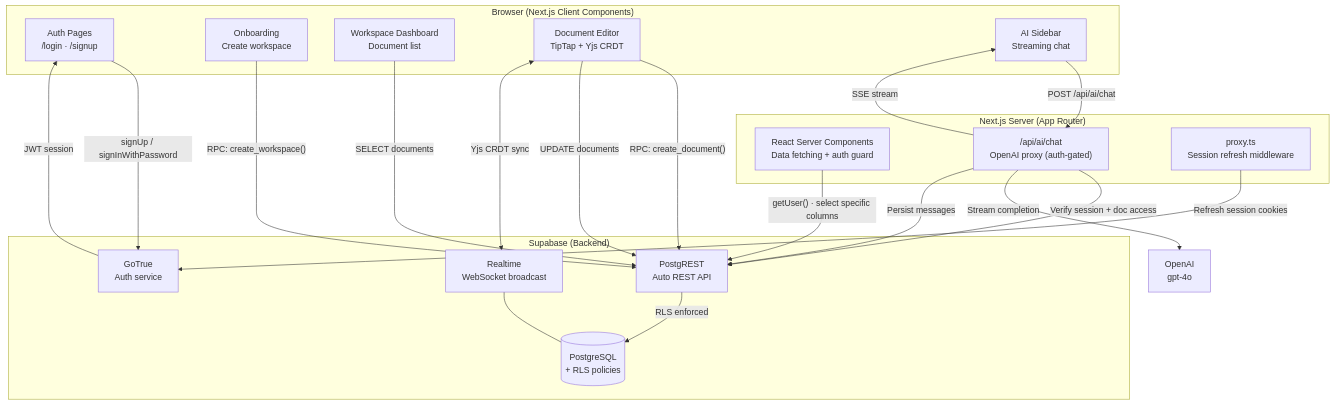
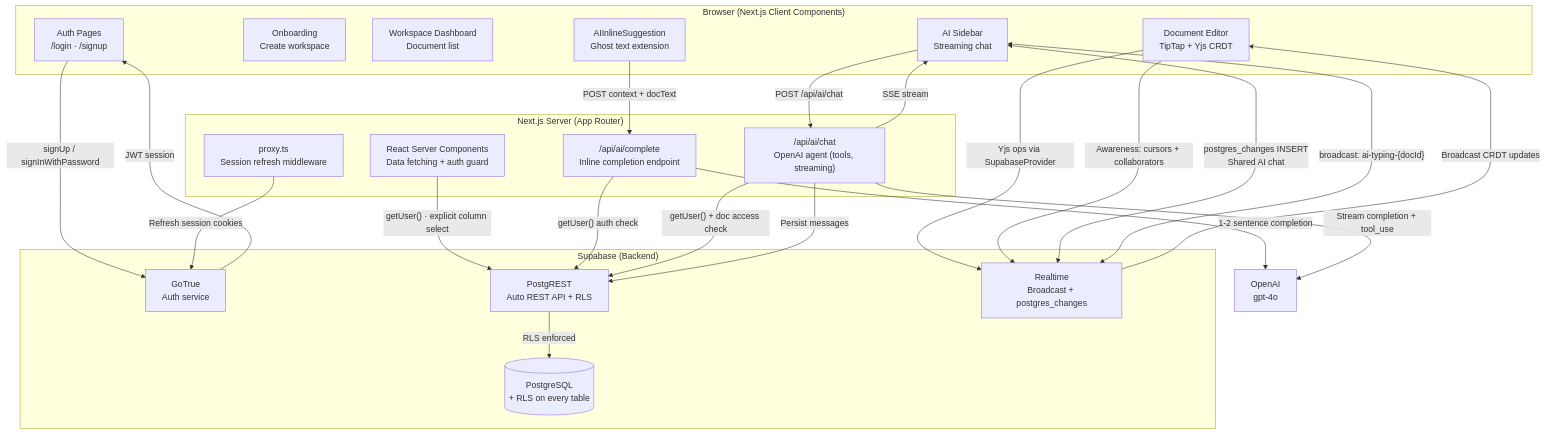
Before and after one commit to CodeKage25/materi-demo: the first of 3 diagrams in README.md, drawn with Mermaid. The commit also changed other lines of this file and 9 other files, not shown here.

````diff
--- a/README.md
+++ b/README.md
@@ -11,51 +30,51 @@
 ```mermaid
 graph TB
     subgraph Client["Browser (Next.js Client Components)"]
         Auth["Auth Pages\n/login · /signup"]
         Onboard["Onboarding\nCreate workspace"]
         Dashboard["Workspace Dashboard\nDocument list"]
         Editor["Document Editor\nTipTap + Yjs CRDT"]
+        Inline["AIInlineSuggestion\nGhost text extension"]
         AISidebar["AI Sidebar\nStreaming chat"]
     end
 
     subgraph Server["Next.js Server (App Router)"]
         RSC["React Server Components\nData fetching + auth guard"]
-        AIRoute["/api/ai/chat\nOpenAI proxy (auth-gated)"]
+        AIChat["/api/ai/chat\nOpenAI agent (tools, streaming)"]
+        AIComplete["/api/ai/complete\nInline completion endpoint"]
         Proxy["proxy.ts\nSession refresh middleware"]
     end
 
     subgraph Supabase["Supabase (Backend)"]
         SupaAuth["GoTrue\nAuth service"]
-        PostgREST["PostgREST\nAuto REST API"]
-        Realtime["Realtime\nWebSocket broadcast"]
-        DB[("PostgreSQL\n+ RLS policies")]
+        PostgREST["PostgREST\nAuto REST API + RLS"]
+        Realtime["Realtime\nBroadcast + postgres_changes"]
+        DB[("PostgreSQL\n+ RLS on every table")]
     end
 
     OpenAI["OpenAI\ngpt-4o"]
 
-    %% Auth flow
     Auth -->|"signUp / signInWithPassword"| SupaAuth
     SupaAuth -->|"JWT session"| Auth
 
-    %% Server components
-    RSC -->|"getUser() · select specific columns"| PostgREST
+    RSC -->|"getUser() · explicit column select"| PostgREST
     PostgREST -->|"RLS enforced"| DB
     Proxy -->|"Refresh session cookies"| SupaAuth
 
-    %% Client data
-    Editor -->|"RPC: create_document()"| PostgREST
-    Editor -->|"UPDATE documents"| PostgREST
-    Dashboard -->|"SELECT documents"| PostgREST
-    Onboard -->|"RPC: create_workspace()"| PostgREST
+    Editor -->|"Yjs ops via SupabaseProvider"| Realtime
+    Realtime -->|"Broadcast CRDT updates"| Editor
+    Editor -->|"Awareness: cursors + collaborators"| Realtime
 
-    %% AI flow
-    AISidebar -->|"POST /api/ai/chat"| AIRoute
-    AIRoute -->|"Verify session + doc access"| PostgREST
-    AIRoute -->|"Stream completion"| OpenAI
-    AIRoute -->|"Persist messages"| PostgREST
-    AIRoute -->|"SSE stream"| AISidebar
+    Inline -->|"POST context + docText"| AIComplete
+    AIComplete -->|"getUser() auth check"| PostgREST
+    AIComplete -->|"1-2 sentence completion"| OpenAI
 
-    %% Real-time
-    Editor <-->|"Yjs CRDT sync"| Realtime
-    Realtime --- DB
+    AISidebar -->|"POST /api/ai/chat"| AIChat
+    AIChat -->|"getUser() + doc access check"| PostgREST
+    AIChat -->|"Stream completion + tool_use"| OpenAI
+    AIChat -->|"Persist messages"| PostgREST
+    AIChat -->|"SSE stream"| AISidebar
+
+    AISidebar <-->|"postgres_changes INSERT\nShared AI chat"| Realtime
+    AISidebar <-->|"broadcast: ai-typing-{docId}"| Realtime
 ```
````
